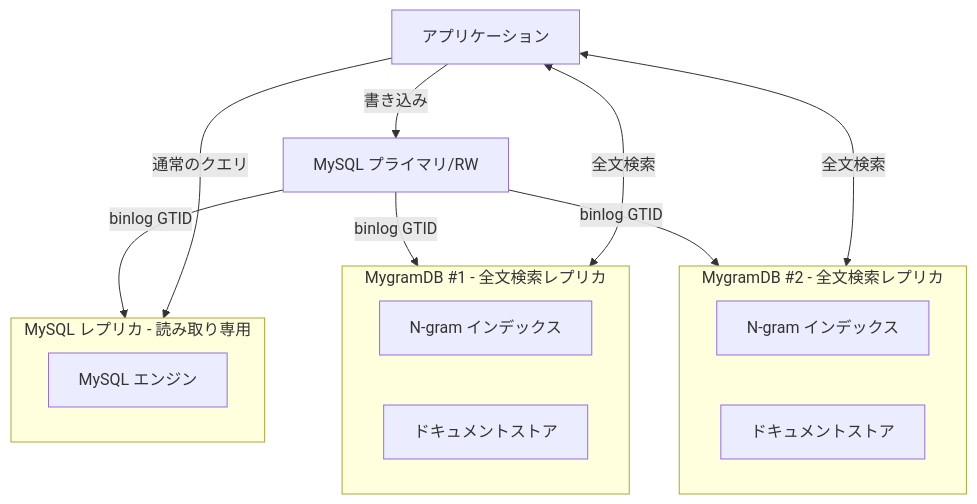
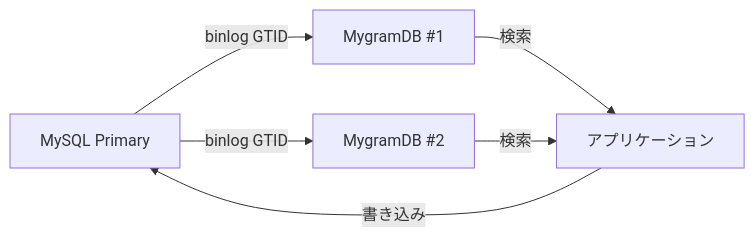
Before and after one commit to libraz/mygram-db: the diagram in README_ja.md, drawn with Mermaid. The commit also changed other lines of this file and 9 other files, not shown here.

````diff
--- a/README_ja.md
+++ b/README_ja.md
@@ -38,25 +116,9 @@
 ```mermaid
-graph TD
-    MySQL[MySQL プライマリ/RW] -->|binlog GTID| MySQLReplica[MySQL レプリカ]
-    MySQL -->|binlog GTID| MygramDB1[MygramDB #1]
+graph LR
+    MySQL[MySQL Primary] -->|binlog GTID| MygramDB1[MygramDB #1]
     MySQL -->|binlog GTID| MygramDB2[MygramDB #2]
 
-    subgraph MySQLReplica[MySQL レプリカ - 読み取り専用]
-        MySQLEngine[MySQL エンジン]
-    end
-
-    subgraph MygramDB1[MygramDB #1 - 全文検索レプリカ]
-        Index1[N-gram インデックス]
-        DocStore1[ドキュメントストア]
-    end
-
-    subgraph MygramDB2[MygramDB #2 - 全文検索レプリカ]
-        Index2[N-gram インデックス]
-        DocStore2[ドキュメントストア]
-    end
-
-    App[アプリケーション] -->|書き込み| MySQL
-    App -->|通常のクエリ| MySQLReplica
-    App <-->|全文検索| MygramDB1
-    App <-->|全文検索| MygramDB2
+    MygramDB1 -->|検索| App[アプリケーション]
+    MygramDB2 -->|検索| App
+    App -->|書き込み| MySQL
 ```
````
